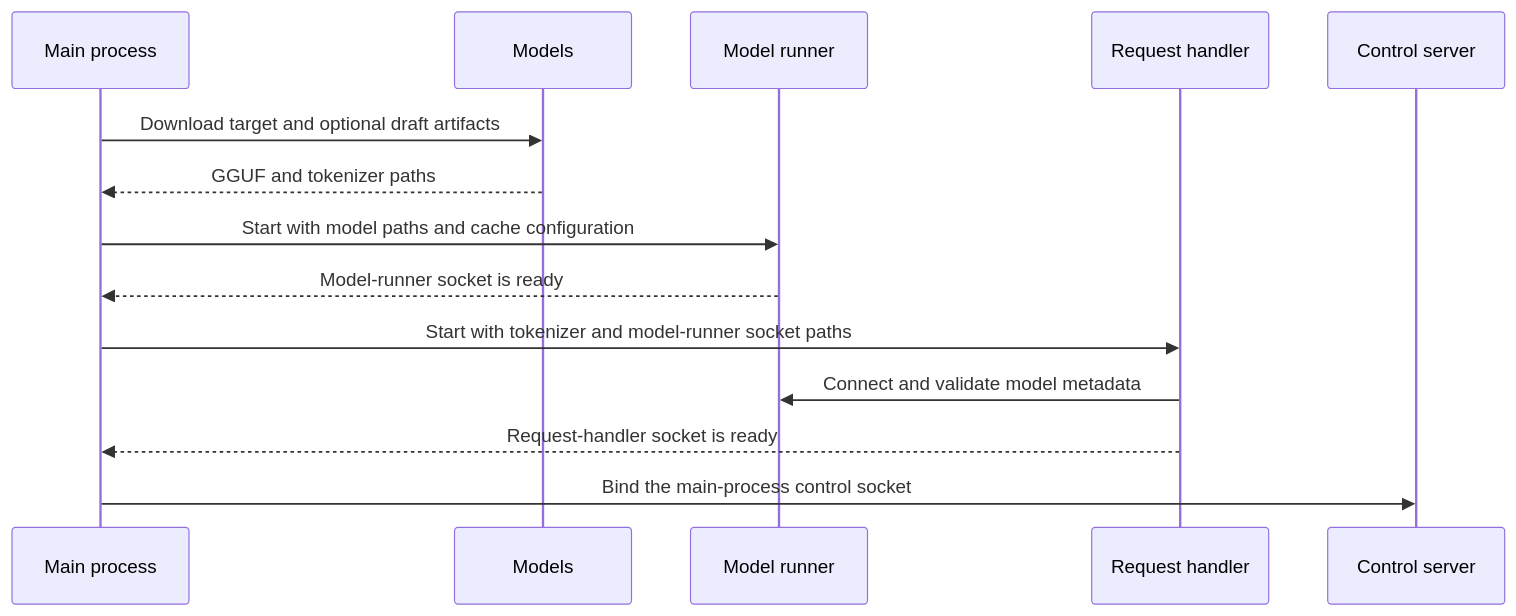
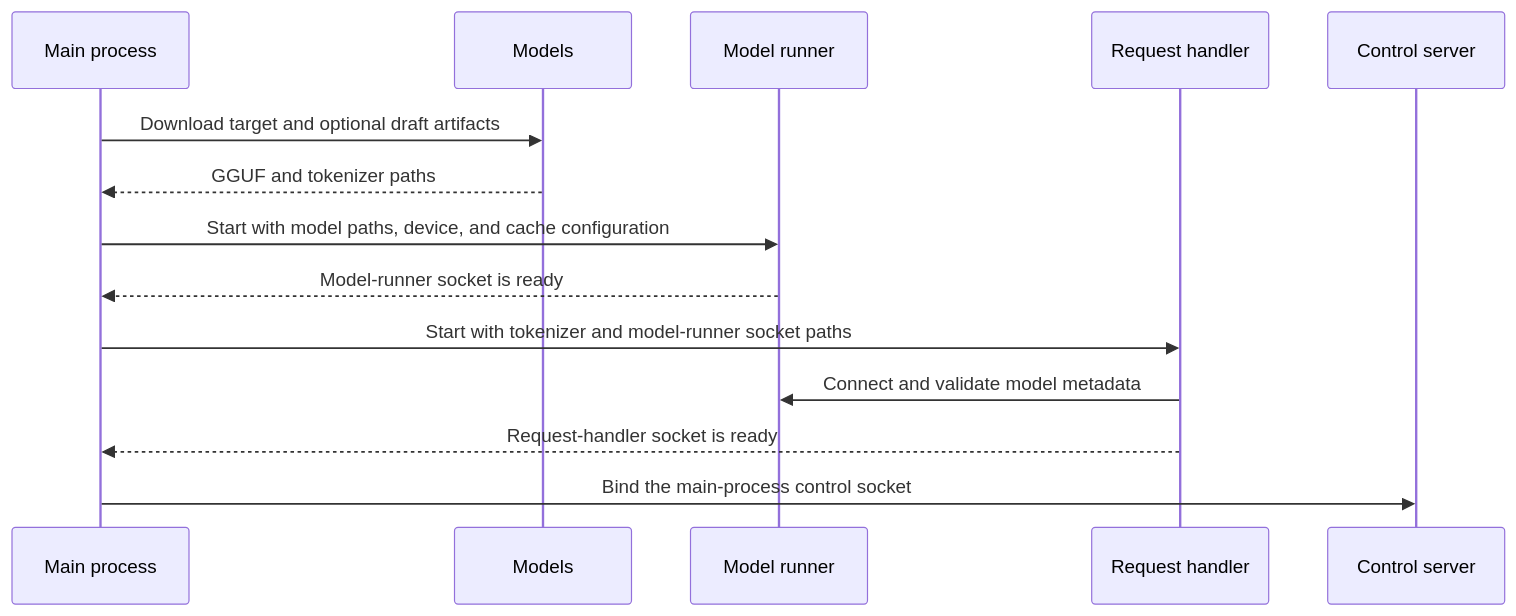
Before and after one commit to lun0522/mini-vllm-rs: the second of 3 diagrams in src/main_process/README.md, drawn with Mermaid. The commit also changed other lines of this file and 10 other files, not shown here.

````diff
--- a/src/main_process/README.md
+++ b/src/main_process/README.md
@@ -28,17 +28,17 @@
 ```mermaid
 sequenceDiagram
     participant Main as Main process
     participant Models
     participant Runner as Model runner
     participant Handler as Request handler
     participant Control as Control server
 
     Main->>Models: Download target and optional draft artifacts
     Models-->>Main: GGUF and tokenizer paths
-    Main->>Runner: Start with model paths and cache configuration
+    Main->>Runner: Start with model paths, device, and cache configuration
     Runner-->>Main: Model-runner socket is ready
     Main->>Handler: Start with tokenizer and model-runner socket paths
     Handler->>Runner: Connect and validate model metadata
     Handler-->>Main: Request-handler socket is ready
     Main->>Control: Bind the main-process control socket
 ```
````
